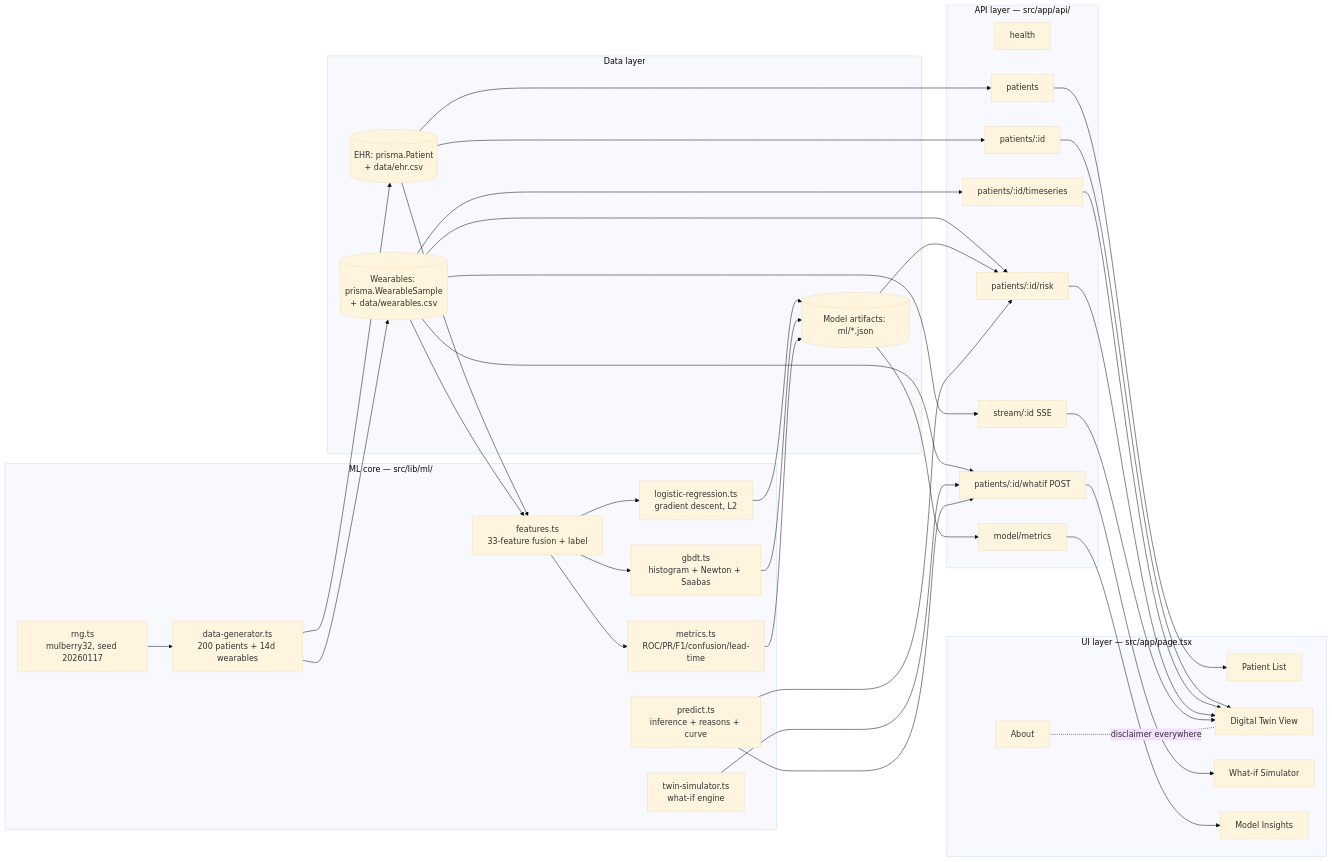
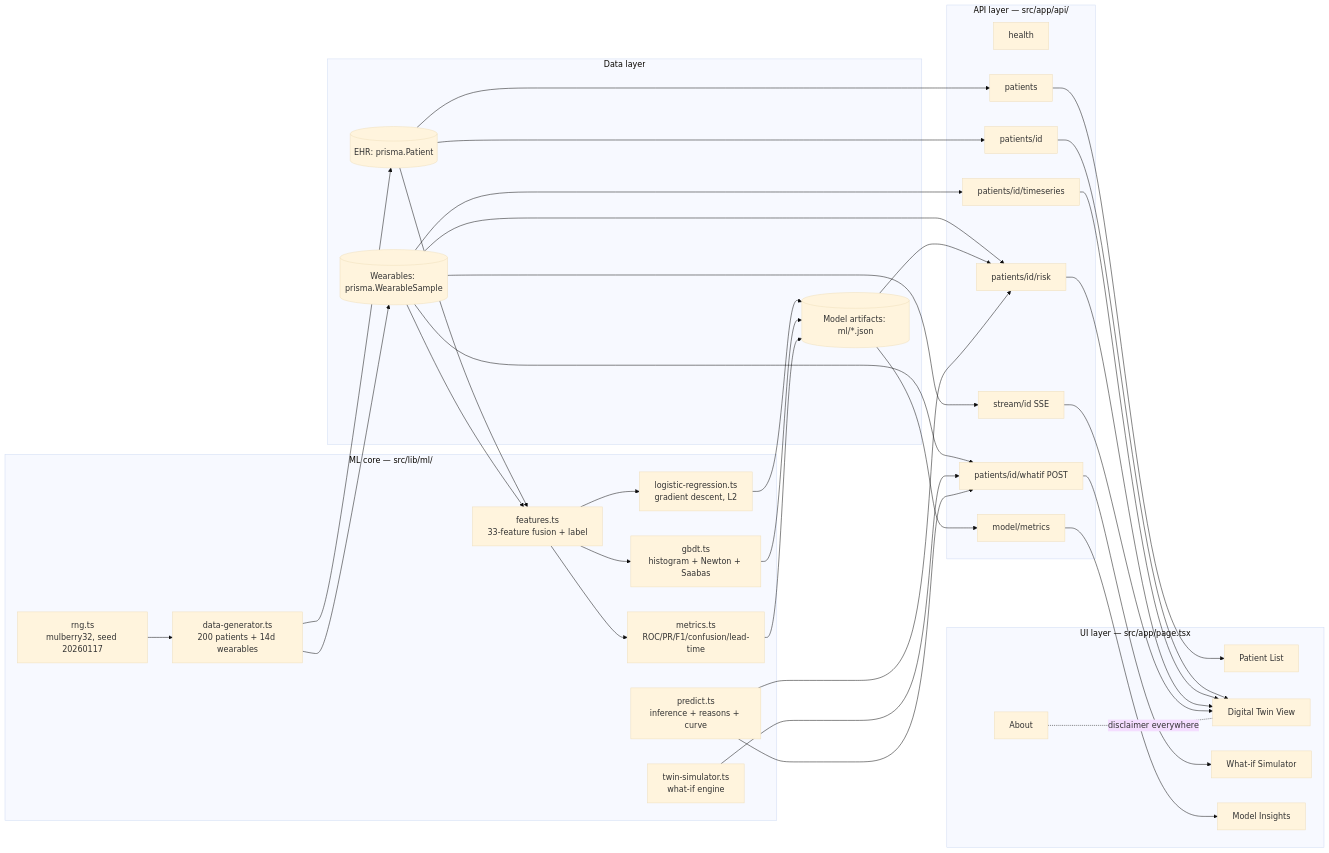
Before and after one commit to Nishu15205/AlgoAura_MERI-College-of-Engineering-and-Technology: the second of 2 diagrams in docs/architecture.md, drawn with Mermaid (base theme). The commit also changed other lines of this file and 1 other file, not shown here.

Commit message:
Fix Mermaid diagram rendering on GitHub (red unable-to-render block)
- Root cause: unquoted node labels containing special characters
  (/ : spaces) caused GitHub Mermaid parser to fail with 'Unable to render'
- Fix: quoted all node labels with special chars, removed /api/ path
  notation from node shapes (was being parsed as parallelogram syntax)
- Applied same fix to docs/architecture.md (2 diagrams)
- Verified live dashboard + all 5 screenshots render correctly on GitHub

````diff
--- a/docs/architecture.md
+++ b/docs/architecture.md
@@ -42,70 +42,70 @@
 ```mermaid
 flowchart LR
     subgraph DataLayer["Data layer"]
-        EHR[(EHR: prisma.Patient<br/>+ data/ehr.csv)]
-        WBL[(Wearables: prisma.WearableSample<br/>+ data/wearables.csv)]
-        ART[(Model artifacts: ml/*.json)]
+        EHR[("EHR: prisma.Patient")]
+        WBL[("Wearables: prisma.WearableSample")]
+        ART[("Model artifacts: ml/*.json")]
     end
 
     subgraph MLCORE["ML core — src/lib/ml/"]
-        RNG[rng.ts<br/>mulberry32, seed 20260117]
-        DG[data-generator.ts<br/>200 patients + 14d wearables]
-        FEAT[features.ts<br/>33-feature fusion + label]
-        LR[logistic-regression.ts<br/>gradient descent, L2]
-        GBDT[gbdt.ts<br/>histogram + Newton + Saabas]
-        MET[metrics.ts<br/>ROC/PR/F1/confusion/lead-time]
-        PRED[predict.ts<br/>inference + reasons + curve]
-        SIM[twin-simulator.ts<br/>what-if engine]
+        RNG["rng.ts<br/>mulberry32, seed 20260117"]
+        DG["data-generator.ts<br/>200 patients + 14d wearables"]
+        FEAT["features.ts<br/>33-feature fusion + label"]
+        LR["logistic-regression.ts<br/>gradient descent, L2"]
+        GBDT["gbdt.ts<br/>histogram + Newton + Saabas"]
+        MET["metrics.ts<br/>ROC/PR/F1/confusion/lead-time"]
+        PRED["predict.ts<br/>inference + reasons + curve"]
+        SIM["twin-simulator.ts<br/>what-if engine"]
     end
 
     subgraph APILAYER["API layer — src/app/api/"]
-        H[health]
-        PL[patients]
-        P1[patients/:id]
-        TS[patients/:id/timeseries]
-        RK[patients/:id/risk]
-        WI[patients/:id/whatif POST]
-        MM[model/metrics]
-        ST[stream/:id SSE]
+        H["health"]
+        PL["patients"]
+        P1["patients/id"]
+        TS["patients/id/timeseries"]
+        RK["patients/id/risk"]
+        WI["patients/id/whatif POST"]
+        MM["model/metrics"]
+        ST["stream/id SSE"]
     end
 
     subgraph UILAYER["UI layer — src/app/page.tsx"]
-        V1[Patient List]
-        V2[Digital Twin View]
-        V3[What-if Simulator]
-        V4[Model Insights]
-        V5[About]
+        V1["Patient List"]
+        V2["Digital Twin View"]
+        V3["What-if Simulator"]
+        V4["Model Insights"]
+        V5["About"]
     end
 
     RNG --> DG --> EHR
     DG --> WBL
     EHR --> FEAT
     WBL --> FEAT
     FEAT --> LR
     FEAT --> GBDT
     FEAT --> MET
     LR --> ART
     GBDT --> ART
     MET --> ART
 
     EHR --> PL
     EHR --> P1
     WBL --> TS
     WBL --> RK
     ART --> RK
     PRED --> RK
     WBL --> WI
     SIM --> WI
     PRED --> WI
     ART --> MM
     WBL --> ST
 
     PL --> V1
     P1 --> V2
     TS --> V2
     RK --> V2
     ST --> V2
     WI --> V3
     MM --> V4
     V5 -. disclaimer everywhere .- V2
 ```
````
